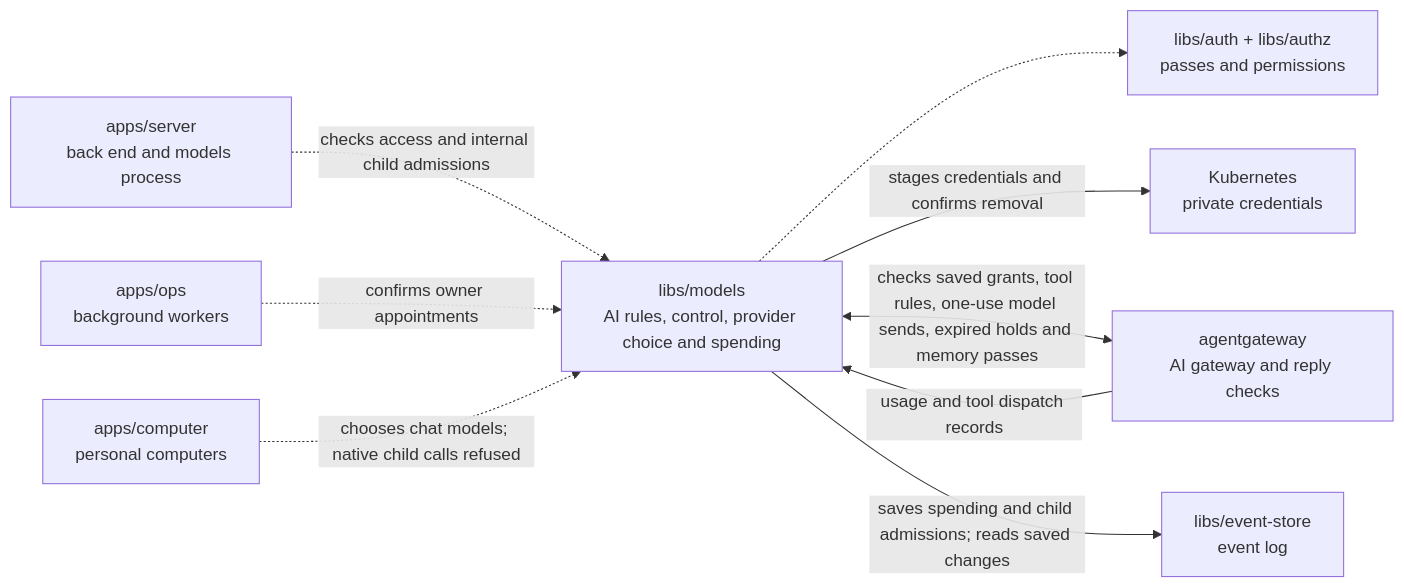
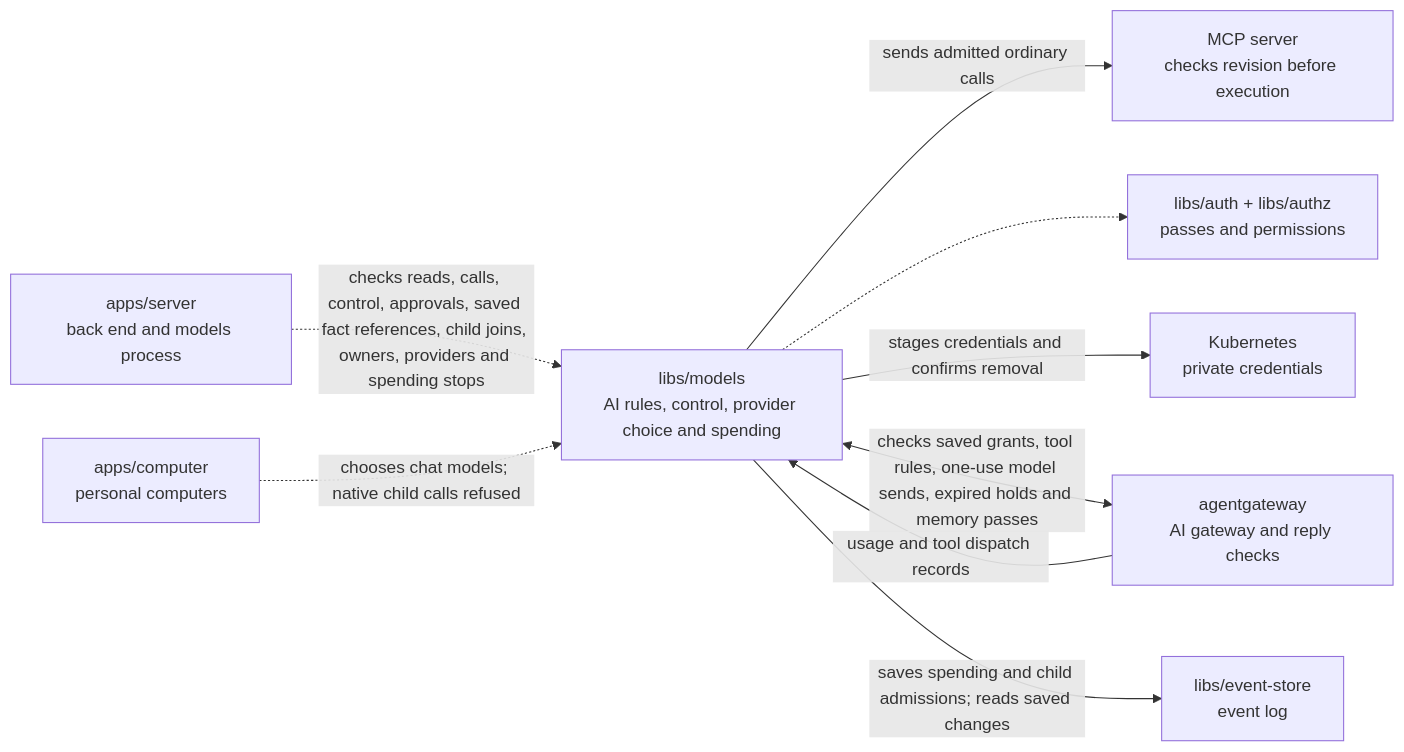
The diagram in libs/models/README.md (elewa-git/opencrane-new), drawn with Mermaid before and after one commit. The commit also changed other lines of this file and 28 other files, not shown here.

First line of the commit message:
🎟️ Tool calls need a one-use pass for the current tool revision and server, and a Block stops calls already on their way (#350)

````diff
--- a/libs/models/README.md
+++ b/libs/models/README.md
@@ -14,11 +14,11 @@
 ```mermaid
 flowchart LR
-  server["apps/server<br/>back end and models process"] -.->|checks access and internal child admissions| models["libs/models<br/>AI rules, control, provider choice and spending"]
-  ops["apps/ops<br/>background workers"] -.->|confirms owner appointments| models
+  server["apps/server<br/>back end and models process"] -.->|checks reads, calls, control, approvals, saved fact references, child joins, owners, providers and spending stops| models["libs/models<br/>AI rules, control, provider choice and spending"]
+  models -->|sends admitted ordinary calls| mcp["MCP server<br/>checks revision before execution"]
   computer["apps/computer<br/>personal computers"] -.->|chooses chat models; native child calls refused| models
   models -.-> auth["libs/auth + libs/authz<br/>passes and permissions"]
   models -->|stages credentials and confirms removal| custody["Kubernetes<br/>private credentials"]
   models <-->|checks saved grants, tool rules, one-use model sends, expired holds and memory passes| gateway["agentgateway<br/>AI gateway and reply checks"]
   gateway -->|usage and tool dispatch records| models
   models -->|saves spending and child admissions; reads saved changes| store["libs/event-store<br/>event log"]
 ```
````
